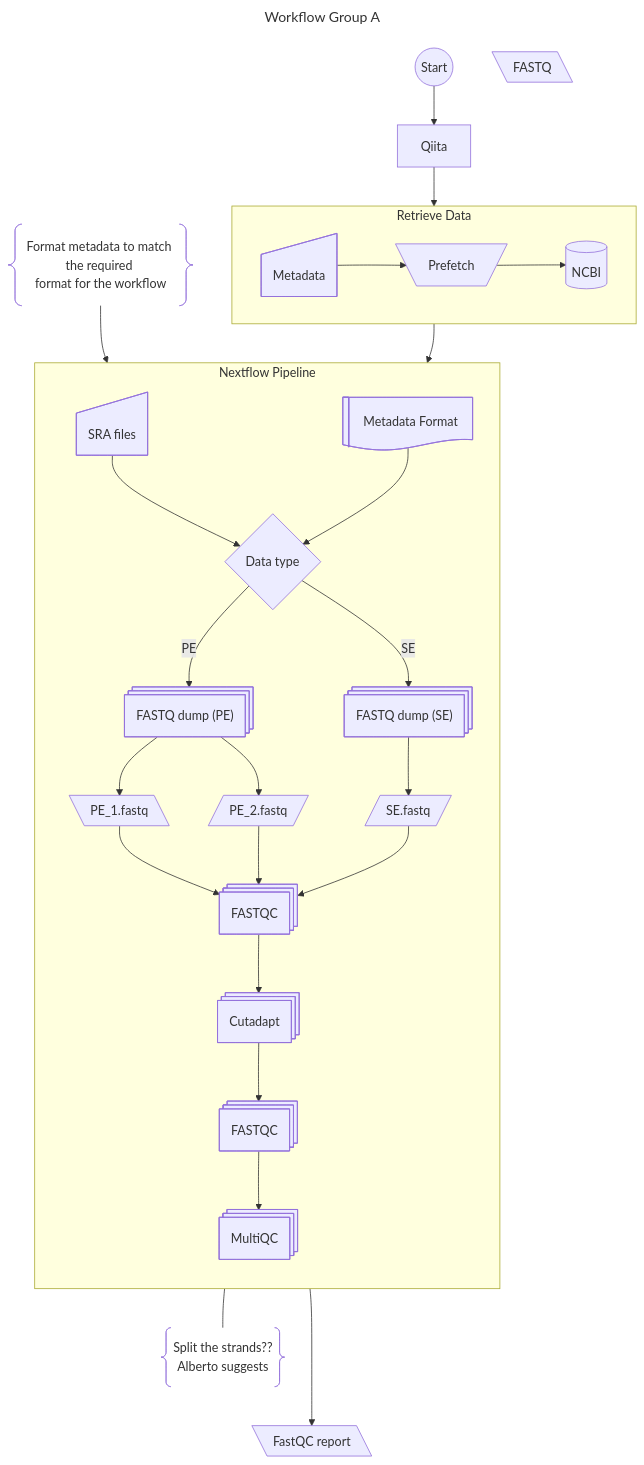
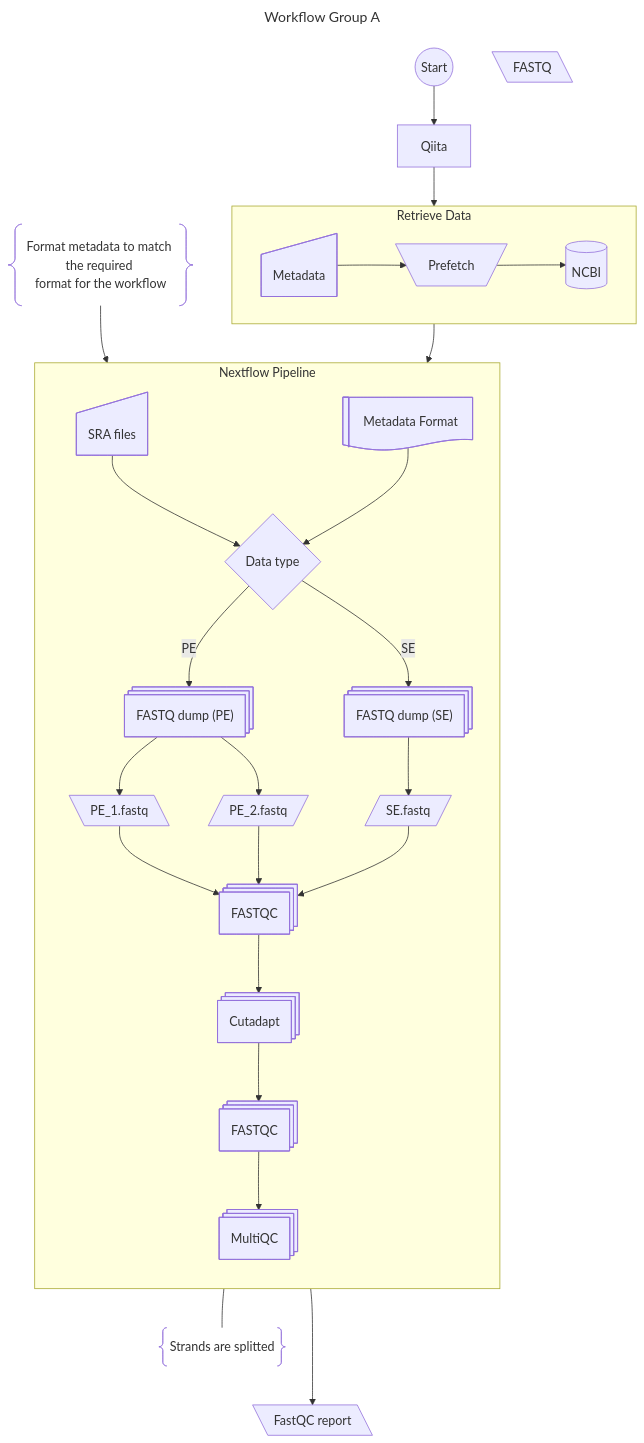
One commit to egenomics/agb2026 changed the diagram in modules/groupA/README.md. Above: the diagram before and after it, drawn with Mermaid.

Commit message:
Update comment label in README.md

````diff
--- a/modules/groupA/README.md
+++ b/modules/groupA/README.md
@@ -14,78 +14,78 @@
 ```mermaid
 ---
 title: Workflow Group A
 ---
 flowchart 
 
 %% Sofware / tools = rect
 %% Nextflow modules = st-rect
 %% Database = cyl
 %% Input = sl-rect
 %% Output = lean
 %% documentation = doc
 %% decision = diamond
 %% comments = brace
 %% Manual input = lean-r
 
 
 metadata@{shape: sl-rect, label: "Metadata"}
 comment@{shape : braces, label: "Format metadata to match the required </br>format for the workflow" }
 format@{shape: lin-doc, label: "Metadata Format"}
 
 %%doc@{shape : doc, label: "Documentation"}
 %%O@{ shape: lean-l, label: "Preprocessed Data" }
 %%I@{ shape: sl-rect, label: "Raw Data" }
 
 A@{ shape: circle, label: "Start" }
 type@{ shape: diamond, label: "Data type" }
 Qiita@{ shape: rect, label: "Qiita" }
 prefetch@{ shape: trap-t, label: "Prefetch" }
 NCBI@{ shape: cyl, label: "NCBI" }
 fastq@{ shape: sl-rect, label: "SRA files" }
 split@{ shape: st-rect, label: "FASTQ dump (PE)"}
 split2@{ shape: st-rect, label: "FASTQ dump (SE)"}
 se@{ shape: lean-r, label: "SE.fastq"}
 qreport@{shape: lean-l, label: "FastQC report"}
 
 pe_1@{shape: lean-l, label: "PE_1.fastq"}
 pe_2@{shape: lean-r, label: "PE_2.fastq"}
 FASTQC@{shape: st-rect, label: "FASTQC"}
 CUTADAPT@{shape: st-rect, label: "Cutadapt"}
 FASTQC2@{shape: st-rect, label: "FASTQC"}
 MultiQC@{shape: st-rect, label: "MultiQC"}
 trimmed@{shape: lean-l, label: "FASTQ"}
 
 
 %% Diagram
 
 A --> Qiita --> metadata
 
 
 subgraph NC [ Retrieve Data ]
     direction LR
     metadata --> prefetch --> NCBI
 end
 
 NCBI --> fastq
 comment --> format
 
 subgraph Nextflow ["Nextflow Pipeline"]
     direction TB
 
     fastq & format --> type
     type -->|PE| split --> pe_1 & pe_2 --> FASTQC
     type -->|SE| split2 --> se --> FASTQC
     FASTQC --> CUTADAPT --> FASTQC2
     FASTQC2 --> MultiQC
 
 
 
 
 
 end
 
-split --- comment1@{shape: braces, label: "Split the strands?? <br> Alberto suggests" }
+split --- comment1@{shape: braces, label: "Strands are splitted" }
 FASTQC ---> qreport
 
 
 ```
````
